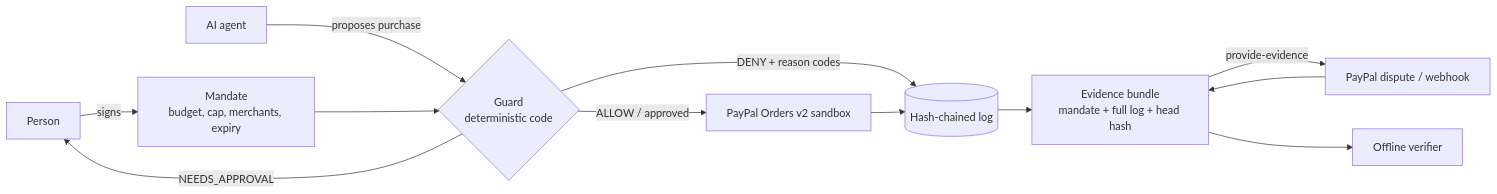
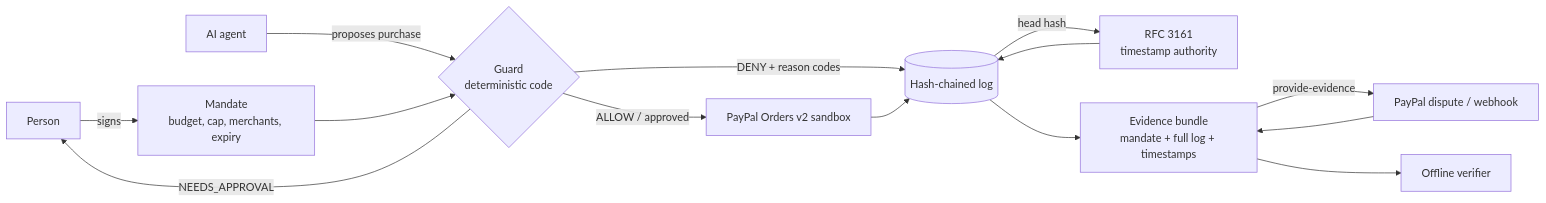
The diagram in README.md (VenkateshPanda0/agent-flight-recorder), drawn with Mermaid before and after one commit. The commit also changed other lines of this file and 6 other files, not shown here.

````diff
--- a/README.md
+++ b/README.md
@@ -27,14 +30,16 @@
 ```mermaid
 flowchart LR
     P[Person] -- signs --> M[Mandate<br/>budget, cap, merchants, expiry]
     A[AI agent] -- proposes purchase --> G{Guard<br/>deterministic code}
     M --> G
     G -- DENY + reason codes --> L[(Hash-chained log)]
     G -- ALLOW / approved --> O[PayPal Orders v2 sandbox]
     G -- NEEDS_APPROVAL --> P
     O --> L
-    D[PayPal dispute / webhook] --> E[Evidence bundle<br/>mandate + full log + head hash]
+    L -- head hash --> T[RFC 3161<br/>timestamp authority]
+    T --> L
+    D[PayPal dispute / webhook] --> E[Evidence bundle<br/>mandate + full log + timestamps]
     L --> E
     E -- provide-evidence --> D
     E --> V[Offline verifier]
 ```
````
